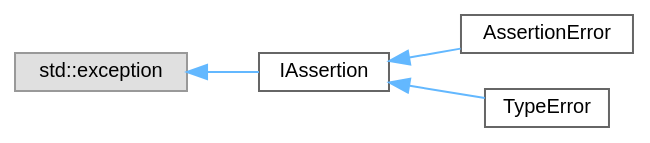
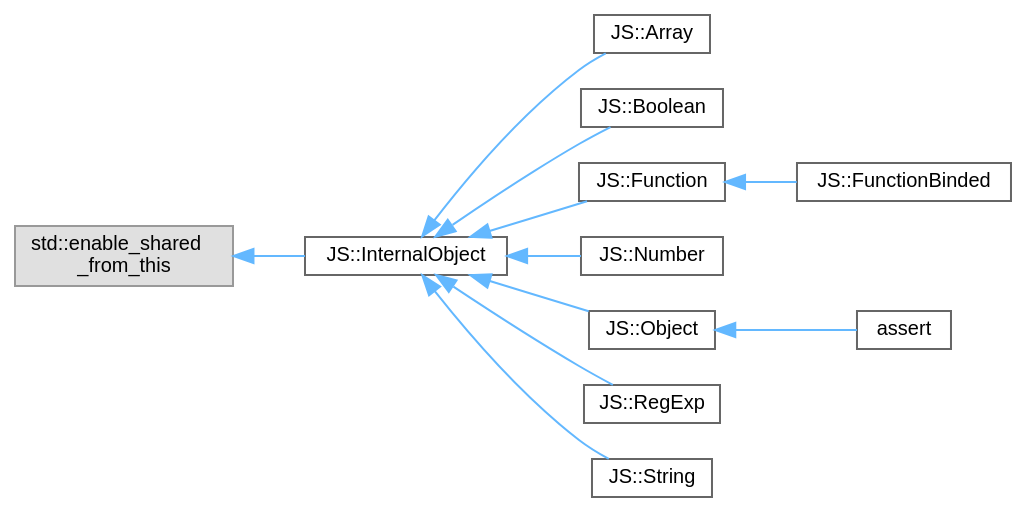
Before and after one commit to JS-CMP/JS-CMP: the diagram in inherit_graph_13.dot, drawn with Graphviz. The commit also changed 207 other files, not shown here.

```diff
--- a/inherit_graph_13.dot
+++ b/inherit_graph_13.dot
@@ -1,15 +1,29 @@
 digraph "Graphical Class Hierarchy"
 {
  // LATEX_PDF_SIZE
   bgcolor="transparent";
   edge [fontname=Helvetica,fontsize=10,labelfontname=Helvetica,labelfontsize=10];
   node [fontname=Helvetica,fontsize=10,shape=box,height=0.2,width=0.4];
   rankdir="LR";
-  Node0 [id="Node000000",label="std::exception",height=0.2,width=0.4,color="grey60", fillcolor="#E0E0E0", style="filled",tooltip=" "];
-  Node0 -> Node1 [id="edge12_Node000000_Node000001",dir="back",color="steelblue1",style="solid",tooltip=" "];
-  Node1 [id="Node000001",label="IAssertion",height=0.2,width=0.4,color="grey40", fillcolor="white", style="filled",URL="$classIAssertion.html",tooltip=" "];
-  Node1 -> Node2 [id="edge13_Node000001_Node000002",dir="back",color="steelblue1",style="solid",tooltip=" "];
-  Node2 [id="Node000002",label="AssertionError",height=0.2,width=0.4,color="grey40", fillcolor="white", style="filled",URL="$classAssertionError.html",tooltip=" "];
-  Node1 -> Node3 [id="edge14_Node000001_Node000003",dir="back",color="steelblue1",style="solid",tooltip=" "];
-  Node3 [id="Node000003",label="TypeError",height=0.2,width=0.4,color="grey40", fillcolor="white", style="filled",URL="$classTypeError.html",tooltip=" "];
+  Node0 [id="Node000000",label="std::enable_shared\l_from_this",height=0.2,width=0.4,color="grey60", fillcolor="#E0E0E0", style="filled",tooltip=" "];
+  Node0 -> Node1 [id="edge3_Node000000_Node000001",dir="back",color="steelblue1",style="solid",tooltip=" "];
+  Node1 [id="Node000001",label="JS::InternalObject",height=0.2,width=0.4,color="grey40", fillcolor="white", style="filled",URL="$classJS_1_1InternalObject.html",tooltip="Represents a base object for all JavaScript-like objects in C++."];
+  Node1 -> Node2 [id="edge4_Node000001_Node000002",dir="back",color="steelblue1",style="solid",tooltip=" "];
+  Node2 [id="Node000002",label="JS::Array",height=0.2,width=0.4,color="grey40", fillcolor="white", style="filled",URL="$classJS_1_1Array.html",tooltip="Represents a JavaScript-like array object in C++."];
+  Node1 -> Node3 [id="edge5_Node000001_Node000003",dir="back",color="steelblue1",style="solid",tooltip=" "];
+  Node3 [id="Node000003",label="JS::Boolean",height=0.2,width=0.4,color="grey40", fillcolor="white", style="filled",URL="$classJS_1_1Boolean.html",tooltip="Represent the boolean object in C++."];
+  Node1 -> Node4 [id="edge6_Node000001_Node000004",dir="back",color="steelblue1",style="solid",tooltip=" "];
+  Node4 [id="Node000004",label="JS::Function",height=0.2,width=0.4,color="grey40", fillcolor="white", style="filled",URL="$classJS_1_1Function.html",tooltip="Represents a JavaScript-like function object in C++."];
+  Node4 -> Node5 [id="edge7_Node000004_Node000005",dir="back",color="steelblue1",style="solid",tooltip=" "];
+  Node5 [id="Node000005",label="JS::FunctionBinded",height=0.2,width=0.4,color="grey40", fillcolor="white", style="filled",URL="$classJS_1_1FunctionBinded.html",tooltip="Represents a binded function object in C++. This class is a subclass of Function."];
+  Node1 -> Node6 [id="edge8_Node000001_Node000006",dir="back",color="steelblue1",style="solid",tooltip=" "];
+  Node6 [id="Node000006",label="JS::Number",height=0.2,width=0.4,color="grey40", fillcolor="white", style="filled",URL="$classJS_1_1Number.html",tooltip="Represent the number object in C++."];
+  Node1 -> Node7 [id="edge9_Node000001_Node000007",dir="back",color="steelblue1",style="solid",tooltip=" "];
+  Node7 [id="Node000007",label="JS::Object",height=0.2,width=0.4,color="grey40", fillcolor="white", style="filled",URL="$classJS_1_1Object.html",tooltip="Represents a JavaScript-like object in C++."];
+  Node7 -> Node8 [id="edge10_Node000007_Node000008",dir="back",color="steelblue1",style="solid",tooltip=" "];
+  Node8 [id="Node000008",label="assert",height=0.2,width=0.4,color="grey40", fillcolor="white", style="filled",URL="$classassert.html",tooltip=" "];
+  Node1 -> Node9 [id="edge11_Node000001_Node000009",dir="back",color="steelblue1",style="solid",tooltip=" "];
+  Node9 [id="Node000009",label="JS::RegExp",height=0.2,width=0.4,color="grey40", fillcolor="white", style="filled",URL="$classJS_1_1RegExp.html",tooltip="Represents a JavaScript-like RegExp object in C++."];
+  Node1 -> Node10 [id="edge12_Node000001_Node000010",dir="back",color="steelblue1",style="solid",tooltip=" "];
+  Node10 [id="Node000010",label="JS::String",height=0.2,width=0.4,color="grey40", fillcolor="white", style="filled",URL="$classJS_1_1String.html",tooltip="Represents the string object in C++."];
 }
```
